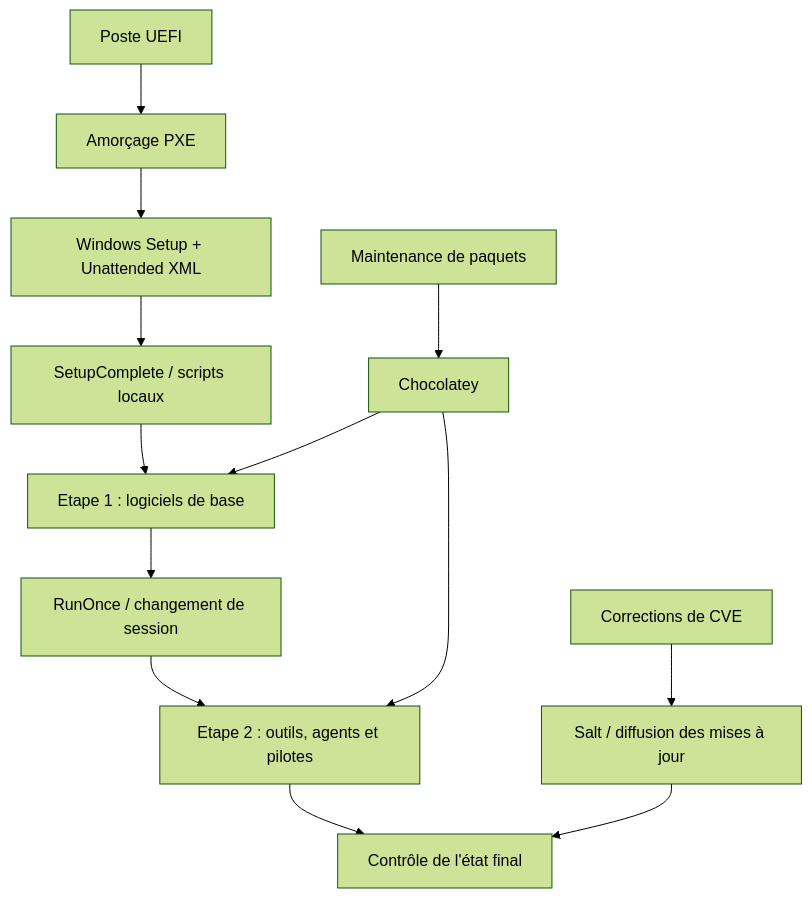
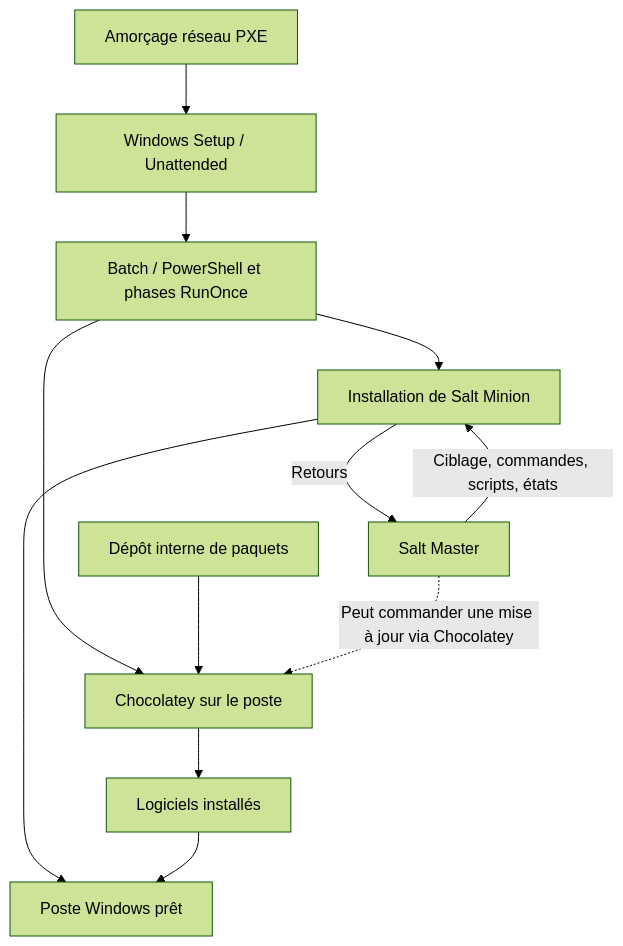
One commit to thadji-fr/devsecops changed the diagram in projects/windows-endpoint-automation/README.md. Above: the diagram before and after it, drawn with Mermaid (forest theme). The commit also changed other lines of this file, not shown here.

Commit message:
docs(windows): clearly distinguish Chocolatey packages from Salt remote administration

````diff
--- a/projects/windows-endpoint-automation/README.md
+++ b/projects/windows-endpoint-automation/README.md
@@ -11,15 +14,14 @@
 ```mermaid
 flowchart TD
-    A[Poste UEFI] --> B[Amorçage PXE]
-    B --> C[Windows Setup + Unattended XML]
-    C --> D[SetupComplete / scripts locaux]
-    D --> E[Etape 1 : logiciels de base]
-    E --> F[RunOnce / changement de session]
-    F --> G[Etape 2 : outils, agents et pilotes]
-    G --> H[Contrôle de l'état final]
-    I[Maintenance de paquets] --> J[Chocolatey]
-    J --> E
-    J --> G
-    K[Corrections de CVE] --> L[Salt / diffusion des mises à jour]
-    L --> H
+    PXE[Amorçage réseau PXE] --> SETUP[Windows Setup / Unattended]
+    SETUP --> SCRIPT[Batch / PowerShell et phases RunOnce]
+    SCRIPT --> CHOCO[Chocolatey sur le poste]
+    DEPOT[Dépôt interne de paquets] --> CHOCO
+    CHOCO --> APPS[Logiciels installés]
+    SCRIPT --> MINION[Installation de Salt Minion]
+    MINION --> POSTE[Poste Windows prêt]
+    APPS --> POSTE
+    MASTER[Salt Master] -->|Ciblage, commandes, scripts, états| MINION
+    MINION -->|Retours| MASTER
+    MASTER -.->|Peut commander une mise à jour via Chocolatey| CHOCO
 ```
````
